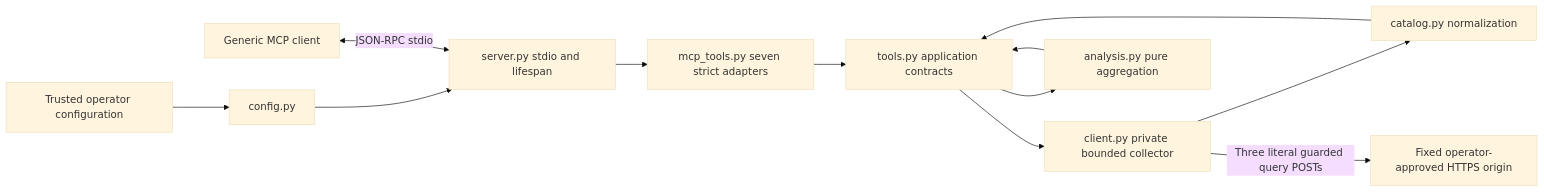
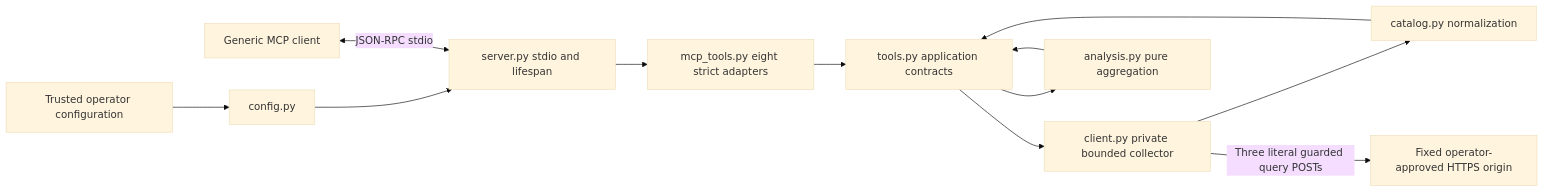
Before and after one commit to Felps0156/netone-mcp: the diagram in docs/architecture.md, drawn with Mermaid (base theme). The commit also changed other lines of this file and 22 other files, not shown here.

````diff
--- a/docs/architecture.md
+++ b/docs/architecture.md
@@ -10,14 +10,14 @@
 ```mermaid
 flowchart LR
     Operator[Trusted operator configuration] --> Config[config.py]
     Config --> Server[server.py stdio and lifespan]
     MCP[Generic MCP client] <-->|JSON-RPC stdio| Server
-    Server --> Registry[mcp_tools.py seven strict adapters]
+    Server --> Registry[mcp_tools.py eight strict adapters]
     Registry --> Tools[tools.py application contracts]
     Tools --> Client[client.py private bounded collector]
     Client --> Catalog[catalog.py normalization]
     Client -->|Three literal guarded query POSTs| ERP[Fixed operator-approved HTTPS origin]
     Catalog --> Tools
     Tools --> Analysis[analysis.py pure aggregation]
     Analysis --> Tools
 ```
````
